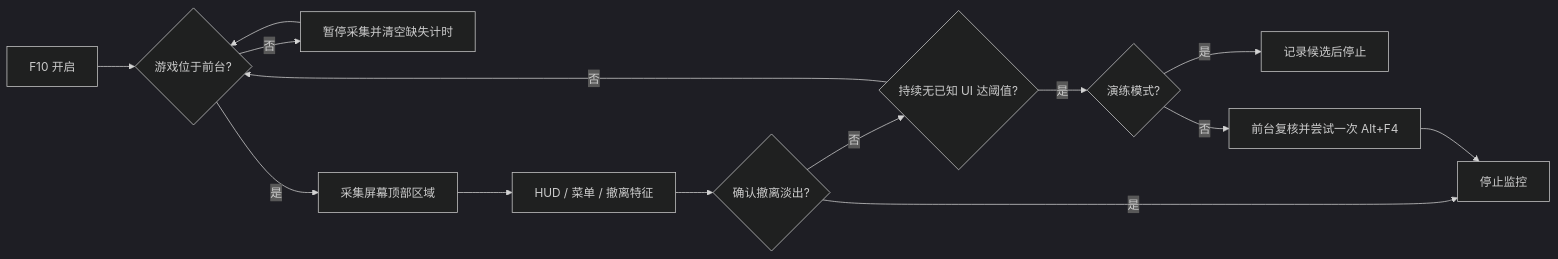
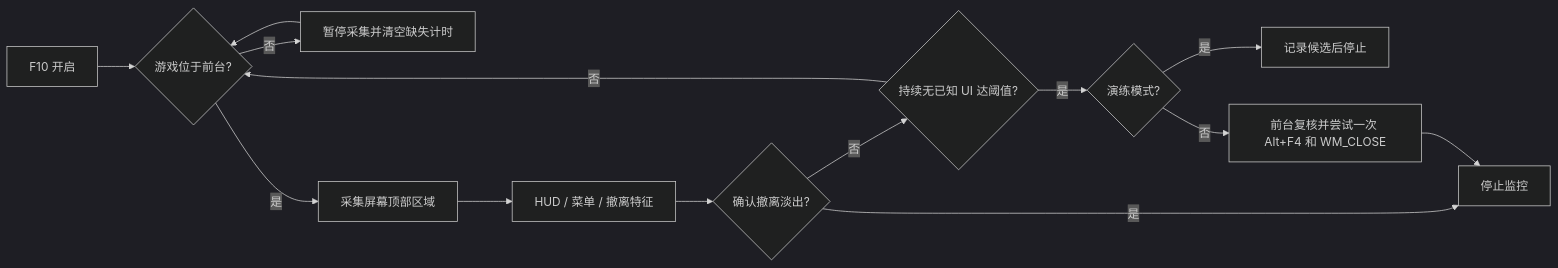
One commit to liudoge66/ID486-Tarkov-Assistant changed the diagram in README.md. Above: the diagram before and after it, drawn with Mermaid (dark theme). The commit also changed other lines of this file, not shown here.

Commit message:
V0.22: align quick-start documentation with current arming policy

````diff
--- a/README.md
+++ b/README.md
@@ -55,16 +55,16 @@
 ```mermaid
 flowchart LR
     A[F10 开启] --> B{游戏位于前台?}
     B -->|否| C[暂停采集并清空缺失计时]
     C --> B
     B -->|是| D[采集屏幕顶部区域]
     D --> E[HUD / 菜单 / 撤离特征]
     E --> F{确认撤离淡出?}
     F -->|是| G[停止监控]
     F -->|否| H{持续无已知 UI 达阈值?}
     H -->|否| B
     H -->|是| I{演练模式?}
     I -->|是| J[记录候选后停止]
-    I -->|否| K[前台复核并尝试一次 Alt+F4]
+    I -->|否| K[前台复核并尝试一次 Alt+F4 和 WM_CLOSE]
     K --> G
 ```
````
